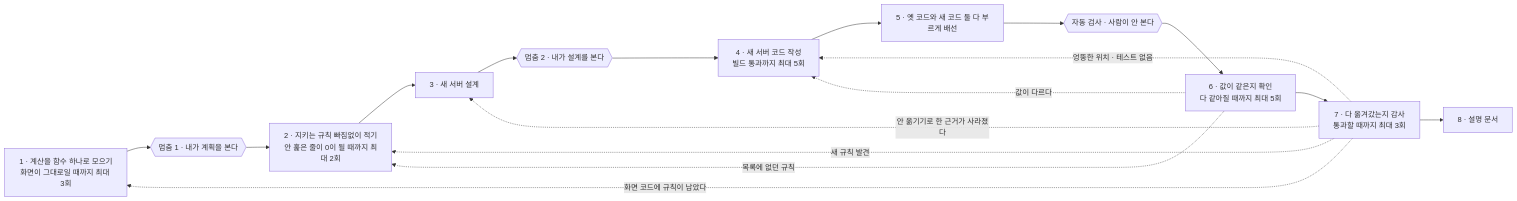
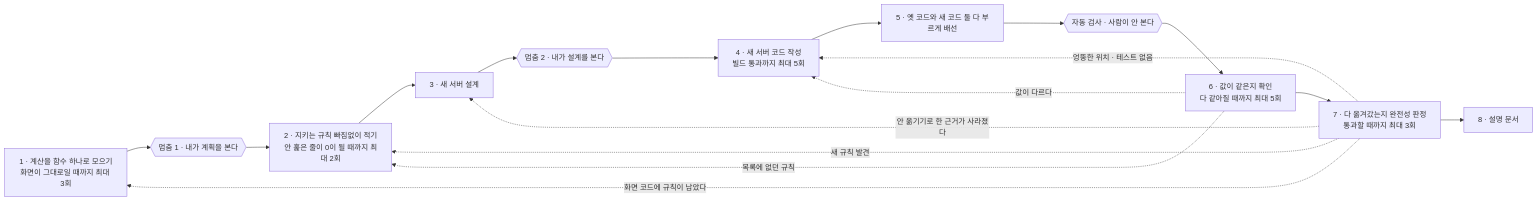
Before and after one commit to Combi153/my-claude-code-os: the second of 3 diagrams in docs/os-loop.md, drawn with Mermaid. The commit also changed other lines of this file and 100 other files, not shown here.

````diff
--- a/docs/os-loop.md
+++ b/docs/os-loop.md
@@ -80,26 +80,26 @@
 ```mermaid
 flowchart LR
   classDef ph fill:#e8effb,stroke:#4a6fa5,color:#1b2c47
   classDef gate fill:#efeee9,stroke:#8a8272,color:#2b2a25
   classDef mgate fill:#fbeceb,stroke:#a95f58,color:#3d1e1b
 
   P1["1 · 계산을 함수 하나로 모으기<br/>화면이 그대로일 때까지 최대 3회"]
   G1{{"멈춤 1 · 내가 계획을 본다"}}
   P2["2 · 지키는 규칙 빠짐없이 적기<br/>안 훑은 줄이 0이 될 때까지 최대 2회"]
   P3["3 · 새 서버 설계"]
   G2{{"멈춤 2 · 내가 설계를 본다"}}
   P4["4 · 새 서버 코드 작성<br/>빌드 통과까지 최대 5회"]
   P5["5 · 옛 코드와 새 코드 둘 다 부르게 배선"]
   MG{{"자동 검사 · 사람이 안 본다"}}
   P6["6 · 값이 같은지 확인<br/>다 같아질 때까지 최대 5회"]
-  P7["7 · 다 옮겨갔는지 감사<br/>통과할 때까지 최대 3회"]
+  P7["7 · 다 옮겨갔는지 완전성 판정<br/>통과할 때까지 최대 3회"]
   P8["8 · 설명 문서"]
 
   P1 --> G1 --> P2 --> P3 --> G2 --> P4 --> P5 --> MG --> P6 --> P7 --> P8
   P6 -. "값이 다르다" .-> P4
   P6 -. "목록에 없던 규칙" .-> P2
   P7 -. "화면 코드에 규칙이 남았다" .-> P1
   P7 -. "새 규칙 발견" .-> P2
   P7 -. "안 옮기기로 한 근거가 사라졌다" .-> P3
   P7 -. "엉뚱한 위치 · 테스트 없음" .-> P4
 ```
````
